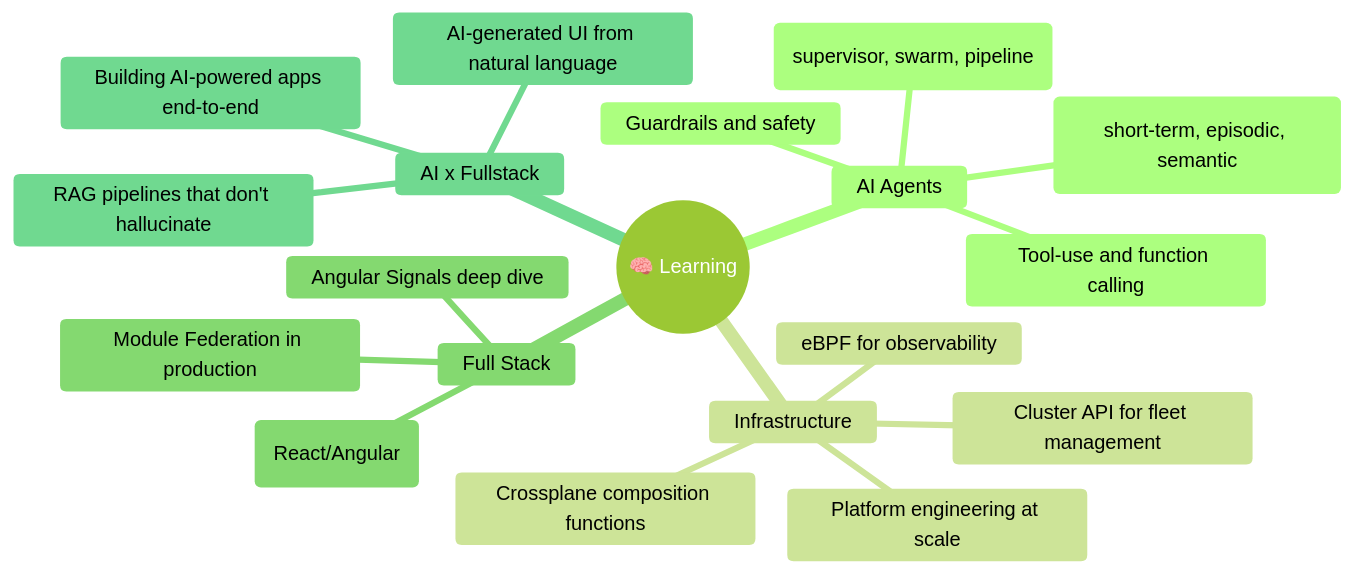
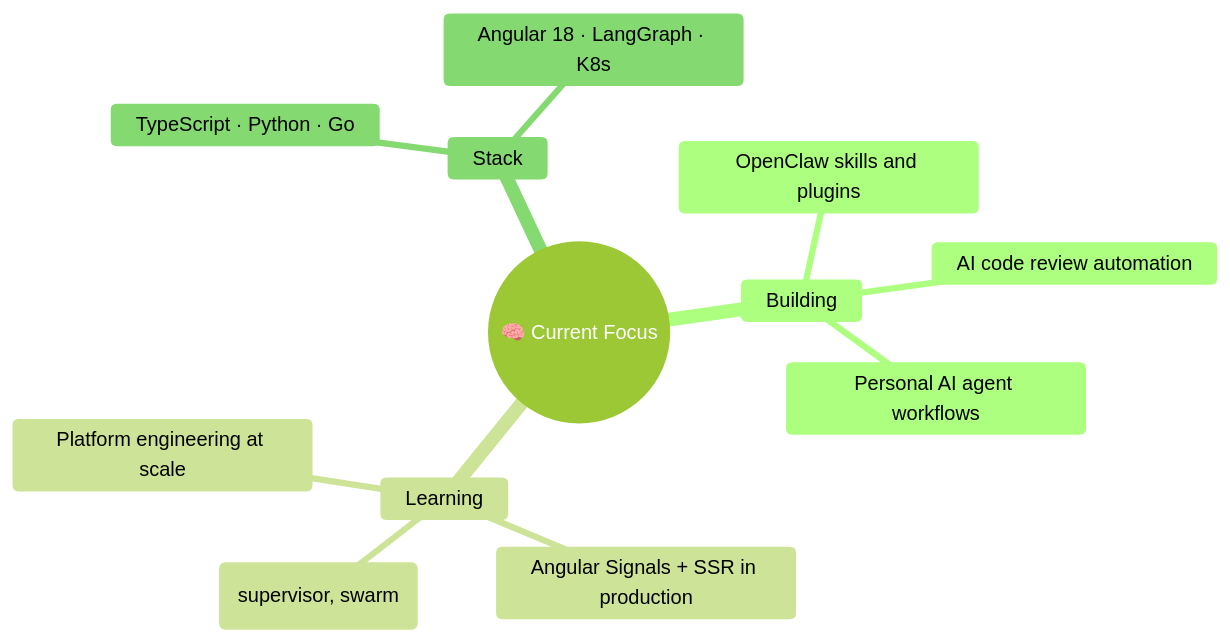
One commit to deb888/deb888 changed the second of 2 diagrams in README.md. Above: the diagram before and after it, drawn with Mermaid (forest theme). The commit also changed other lines of this file and 1 other file, not shown here.

````diff
--- a/README.md
+++ b/README.md
@@ -220,22 +185,15 @@
 ```mermaid
 mindmap
-  root((🧠 Learning))
-    AI Agents
-      Multi-agent patterns (supervisor, swarm, pipeline)
-      Tool-use and function calling
-      Memory systems (short-term, episodic, semantic)
-      Guardrails and safety
-    Infrastructure  
+  root((🧠 Current Focus))
+    Building
+      OpenClaw skills and plugins
+      AI code review automation
+      Personal AI agent workflows
+    Learning
+      Multi-agent patterns (supervisor, swarm)
+      Angular Signals + SSR in production
       Platform engineering at scale
-      Crossplane composition functions
-      Cluster API for fleet management
-      eBPF for observability
-    Full Stack
-      Angular Signals deep dive
-      Module Federation in production
-      Server components (React/Angular)
-    AI x Fullstack
-      Building AI-powered apps end-to-end
-      RAG pipelines that don't hallucinate
-      AI-generated UI from natural language
+    Stack
+      TypeScript · Python · Go
+      Angular 18 · LangGraph · K8s
 ```
````
